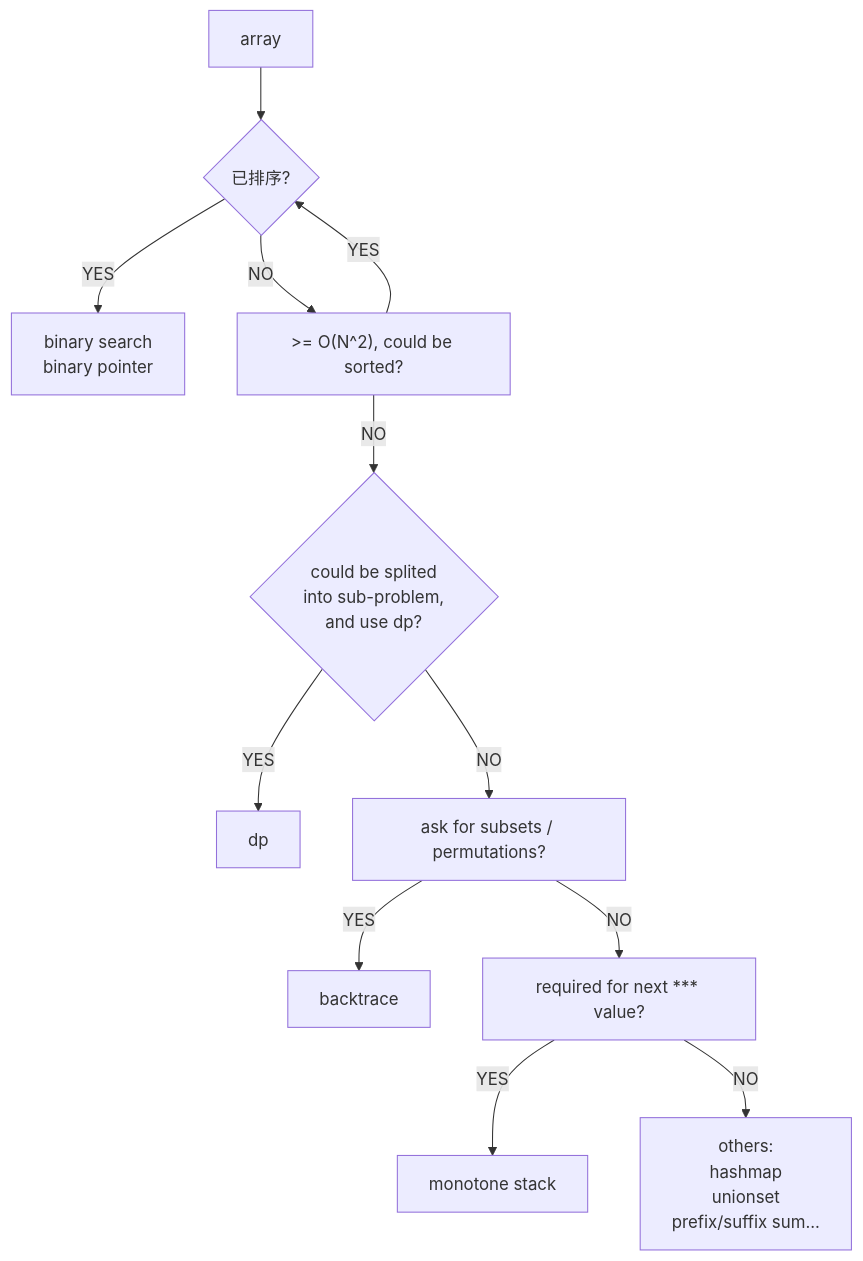
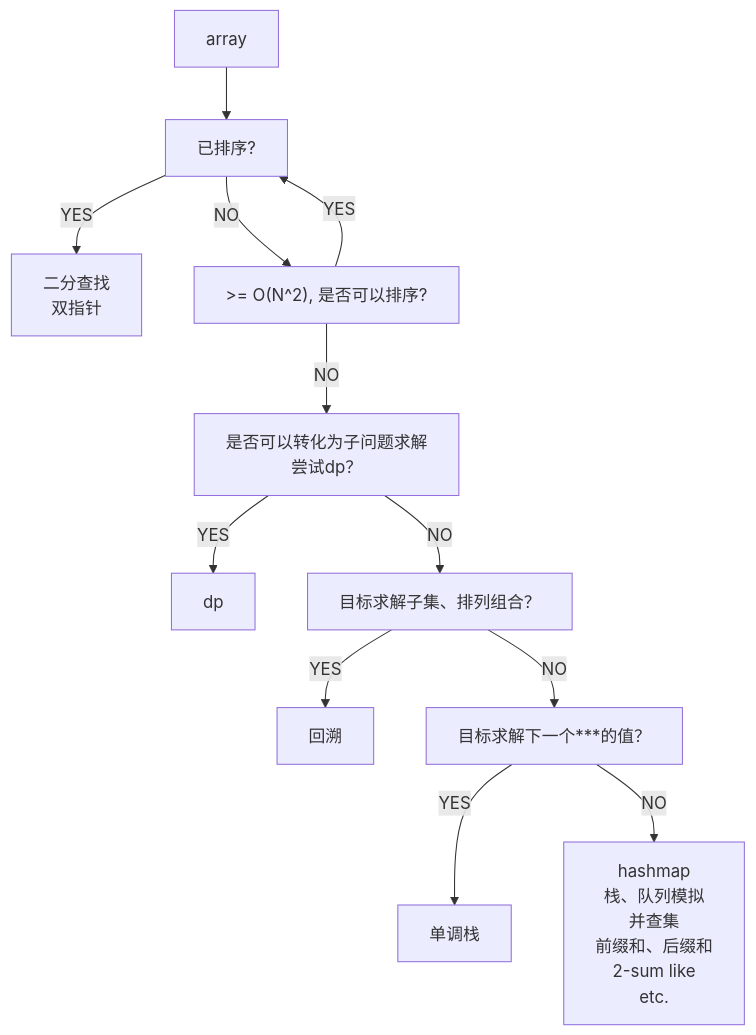
Before and after one commit to lix0x7/algorithm: the diagram in note/thoughts.md, drawn with Mermaid. The commit also changed other lines of this file, not shown here.

````diff
--- a/note/thoughts.md
+++ b/note/thoughts.md
@@ -123,21 +120,21 @@
 ```mermaid
 flowchart TD
-  a[array] --> isSorted{"已排序?"}
-  isSorted -- YES --> binSearch[binary search \n binary pointer]
-  isSorted -- NO --> couldBeSorted[">= O(N^2), could be sorted?"]
+  a[array] --> isSorted["已排序?"]
+  isSorted -- YES --> binSearch[二分查找 \n 双指针]
+  isSorted -- NO --> couldBeSorted[">= O(N^2), 是否可以排序?"]
   
   couldBeSorted -- YES --> isSorted
-  couldBeSorted -- NO --> couldDp{"could be splited \ninto sub-problem,\n and use dp?"}
+  couldBeSorted -- NO --> couldDp["是否可以转化为子问题求解\n尝试dp？"]
   
   couldDp -- YES --> dp["dp"]
-  couldDp -- NO --> couldBacktrace["ask for subsets / permutations?"]
+  couldDp -- NO --> couldBacktrace["目标求解子集、排列组合？"]
   
-  couldBacktrace -- YES --> backtrace["backtrace"]
-  couldBacktrace -- NO  --> couldMonoStack["required for next *** value?"]
+  couldBacktrace -- YES --> backtrace["回溯"]
+  couldBacktrace -- NO  --> couldMonoStack["目标求解下一个***的值？"]
   
-  couldMonoStack -- YES --> monoStack["monotone stack"]
+  couldMonoStack -- YES --> monoStack["单调栈"]
   couldMonoStack -- NO  --> xxx
   
-  xxx["others:\n hashmap\n unionset\n prefix/suffix sum..."]
+  xxx["hashmap\n栈、队列模拟\n 并查集\n 前缀和、后缀和\n 2-sum like\n etc."]
   
 ```
````
